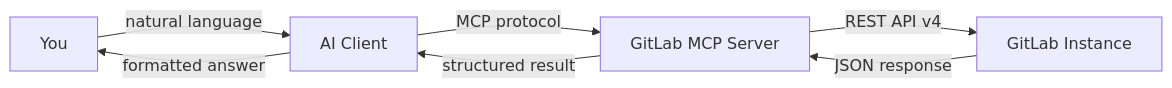
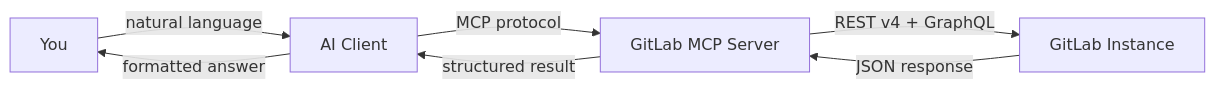
The diagram in site/src/content/docs/index.mdx (jmrplens/gitlab-mcp-server), drawn with Mermaid before and after one commit. The commit also changed other lines of this file and 135 other files, not shown here.

````diff
--- a/site/src/content/docs/index.mdx
+++ b/site/src/content/docs/index.mdx
@@ -161,9 +161,9 @@
 ```mermaid
 graph LR
     A[You] -->|natural language| B[AI Client]
     B -->|MCP protocol| C[GitLab MCP Server]
-    C -->|REST API v4| D[GitLab Instance]
+    C -->|REST v4 + GraphQL| D[GitLab Instance]
     D -->|JSON response| C
     C -->|structured result| B
     B -->|formatted answer| A
 ```
````
